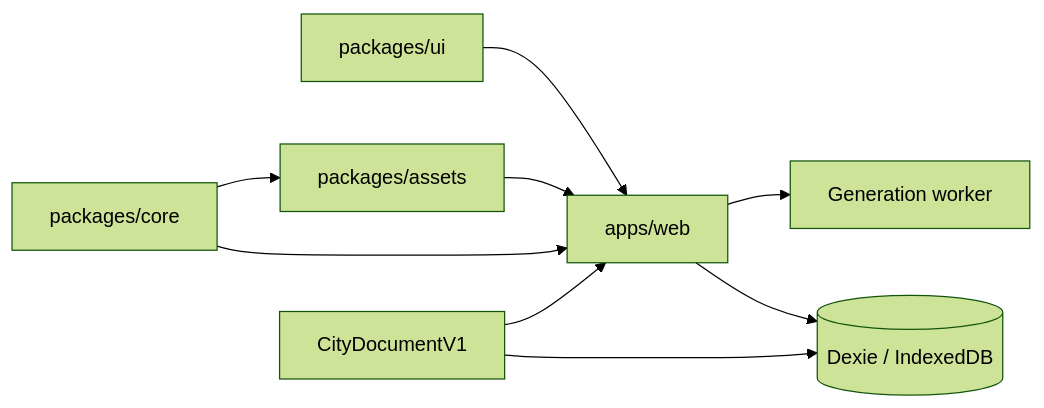
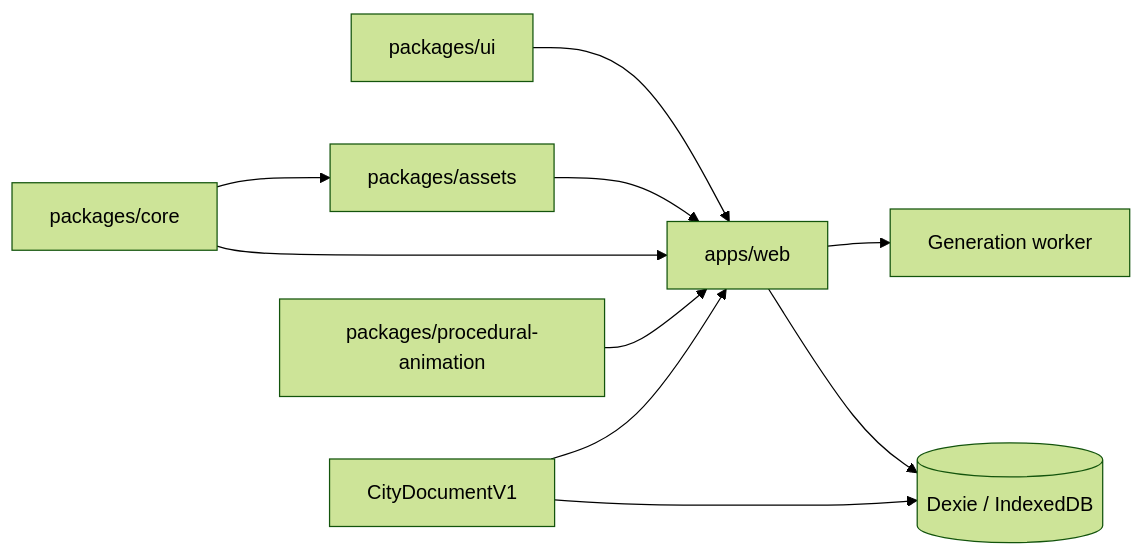
One commit to Canni-DEV/city changed the first of 2 diagrams in docs/ARCHITECTURE.md. Above: the diagram before and after it, drawn with Mermaid (forest theme). The commit also changed other lines of this file and 62 other files, not shown here.

````diff
--- a/docs/ARCHITECTURE.md
+++ b/docs/ARCHITECTURE.md
@@ -5,11 +5,12 @@
 ```mermaid
 flowchart LR
   UI[packages/ui] --> WEB[apps/web]
   ASSET[packages/assets] --> WEB
   CORE[packages/core] --> ASSET
   CORE --> WEB
+  ANIM[packages/procedural-animation] --> WEB
   WEB --> WORKER[Generation worker]
   WEB --> DB[(Dexie / IndexedDB)]
   DOC[CityDocumentV1] --> WEB
   DOC --> DB
 ```
````
